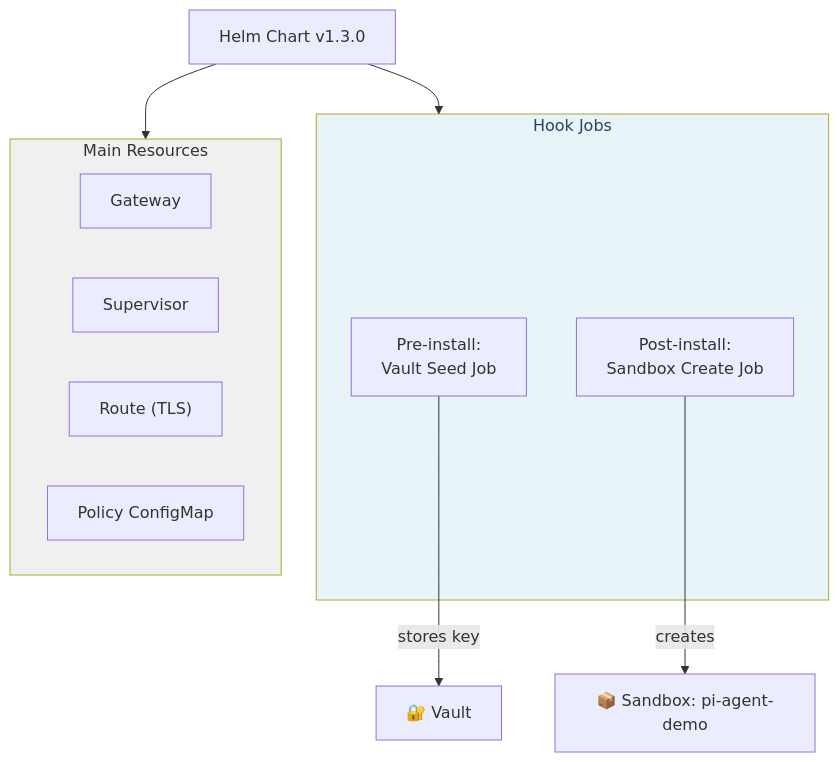
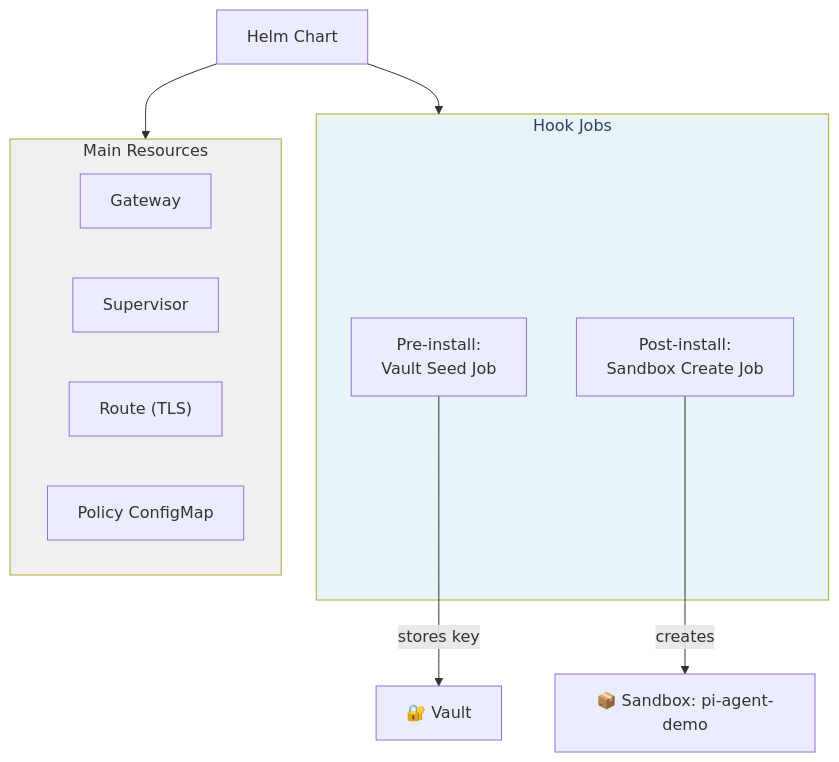
One commit to avijra/openshell-ztm-lab changed the second of 2 diagrams in docs/3-deploy-from-catalog/README.md. Above: the diagram before and after it, drawn with Mermaid. The commit also changed other lines of this file and 3 other files, not shown here.

````diff
--- a/docs/3-deploy-from-catalog/README.md
+++ b/docs/3-deploy-from-catalog/README.md
@@ -197,24 +197,24 @@
 ```mermaid
 graph TD
-    HC["Helm Chart v1.3.0"]
+    HC["Helm Chart"]
 
     subgraph hooks["Hook Jobs"]
         VJ["Pre-install:<br/>Vault Seed Job"]
         SJ["Post-install:<br/>Sandbox Create Job"]
     end
 
     subgraph main["Main Resources"]
         GW["Gateway"]
         SV["Supervisor"]
         RT["Route (TLS)"]
         CM["Policy ConfigMap"]
     end
 
     HC --> hooks
     HC --> main
     VJ -->|"stores key"| V["🔐 Vault"]
     SJ -->|"creates"| SB["📦 Sandbox: pi-agent-demo"]
 
     style hooks fill:#e8f4f8,color:#2a4365
     style main fill:#f0f0f0,color:#333
 ```
````
